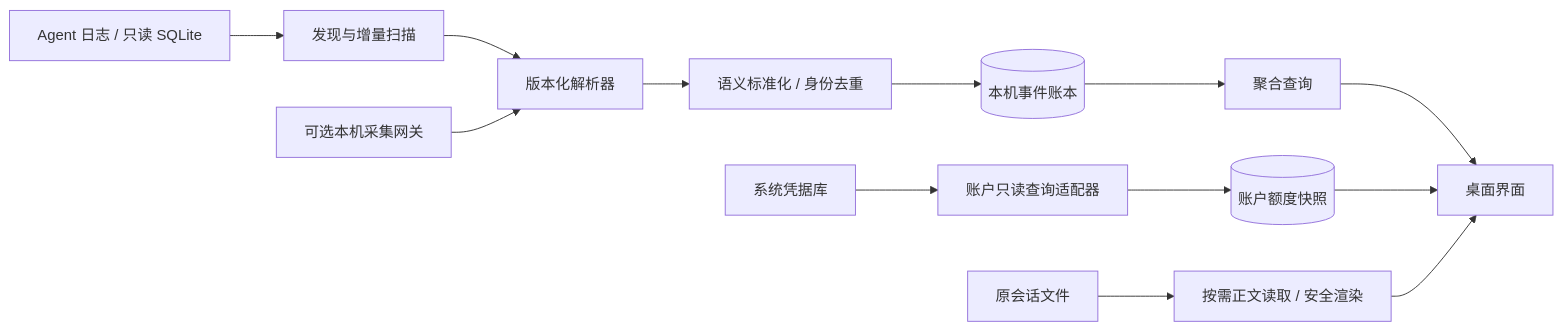
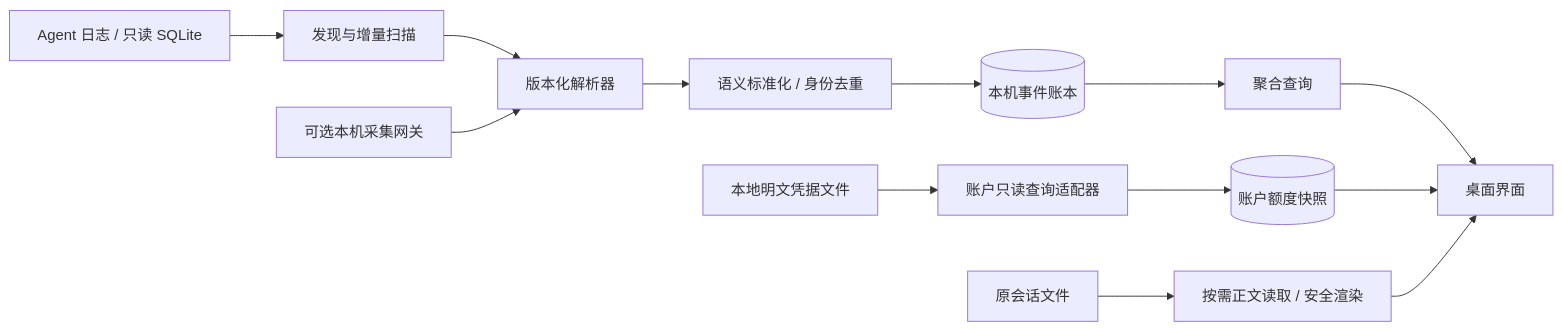
The diagram in docs/ARCHITECTURE.md (Abyssaler/Providock), drawn with Mermaid before and after one commit. The commit also changed other lines of this file and 79 other files, not shown here.

````diff
--- a/docs/ARCHITECTURE.md
+++ b/docs/ARCHITECTURE.md
@@ -11,15 +11,15 @@
 ```mermaid
 flowchart LR
   L[Agent 日志 / 只读 SQLite] --> D[发现与增量扫描]
   D --> P[版本化解析器]
   G[可选本机采集网关] --> P
   P --> N[语义标准化 / 身份去重]
   N --> E[(本机事件账本)]
   E --> A[聚合查询]
   A --> UI[桌面界面]
-  V[系统凭据库] --> Q[账户只读查询适配器]
+  V[本地明文凭据文件] --> Q[账户只读查询适配器]
   Q --> S[(账户额度快照)]
   S --> UI
   O[原会话文件] --> C[按需正文读取 / 安全渲染]
   C --> UI
 ```
````
